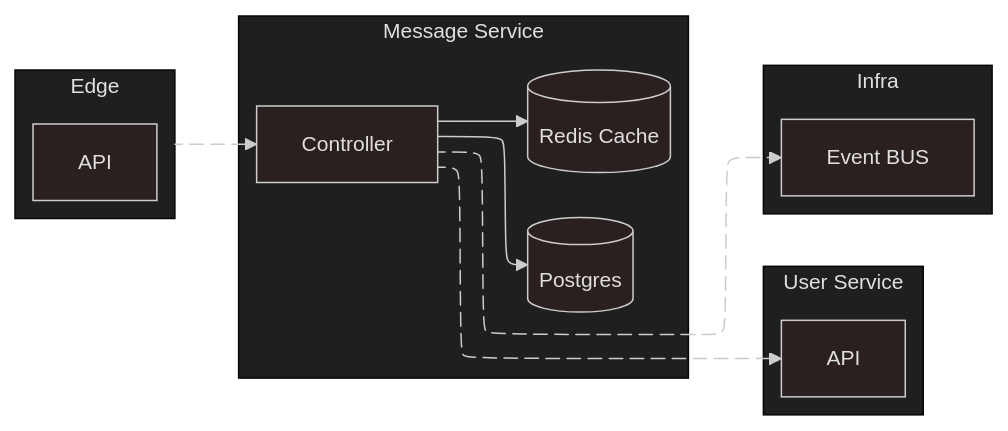
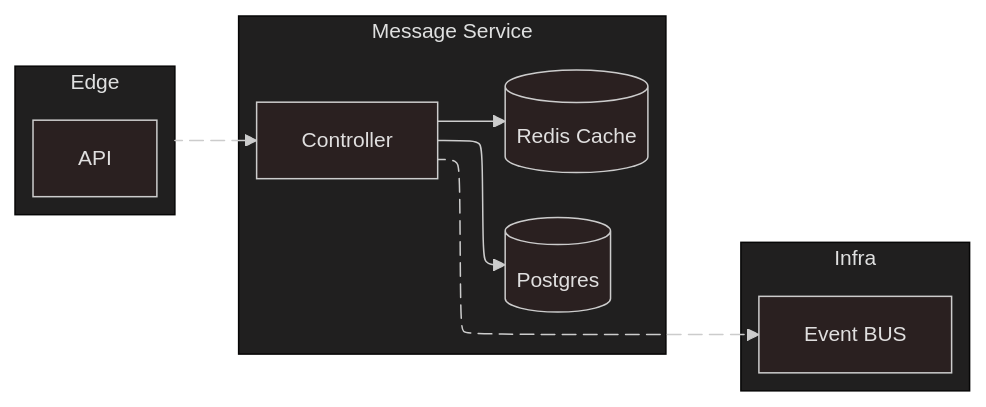
The diagram in service/README.md (KroderDev/INF326-tarea-2), drawn with Mermaid before and after one commit. The commit also changed 1 other file, not shown here.

````diff
--- a/service/README.md
+++ b/service/README.md
@@ -7,30 +7,26 @@
 ```mermaid
 ---
 config:
   layout: elk
   look: classic
   theme: neo-dark
 ---
 flowchart LR
  subgraph s1["Message Service"]
         n1["Controller"]
         n3["Redis Cache"]
         n5["Postgres"]
   end
  subgraph s2["Edge"]
         n6["API"]
   end
- subgraph s3["User Service"]
-        n7["API"]
-  end
  subgraph s4["Infra"]
         n8["Event BUS"]
   end
     s2 L_s2_n1_0@--> n1
-    n1 --> n5 & n3 & n7 & n8
+    n1 --> n5 & n3 & n8
     n3@{ shape: db}
     n5@{ shape: db}
     L_s2_n1_0@{ animation: slow } 
-    L_n1_n7_0@{ animation: slow } 
     L_n1_n8_0@{ animation: slow }
 ```
````
